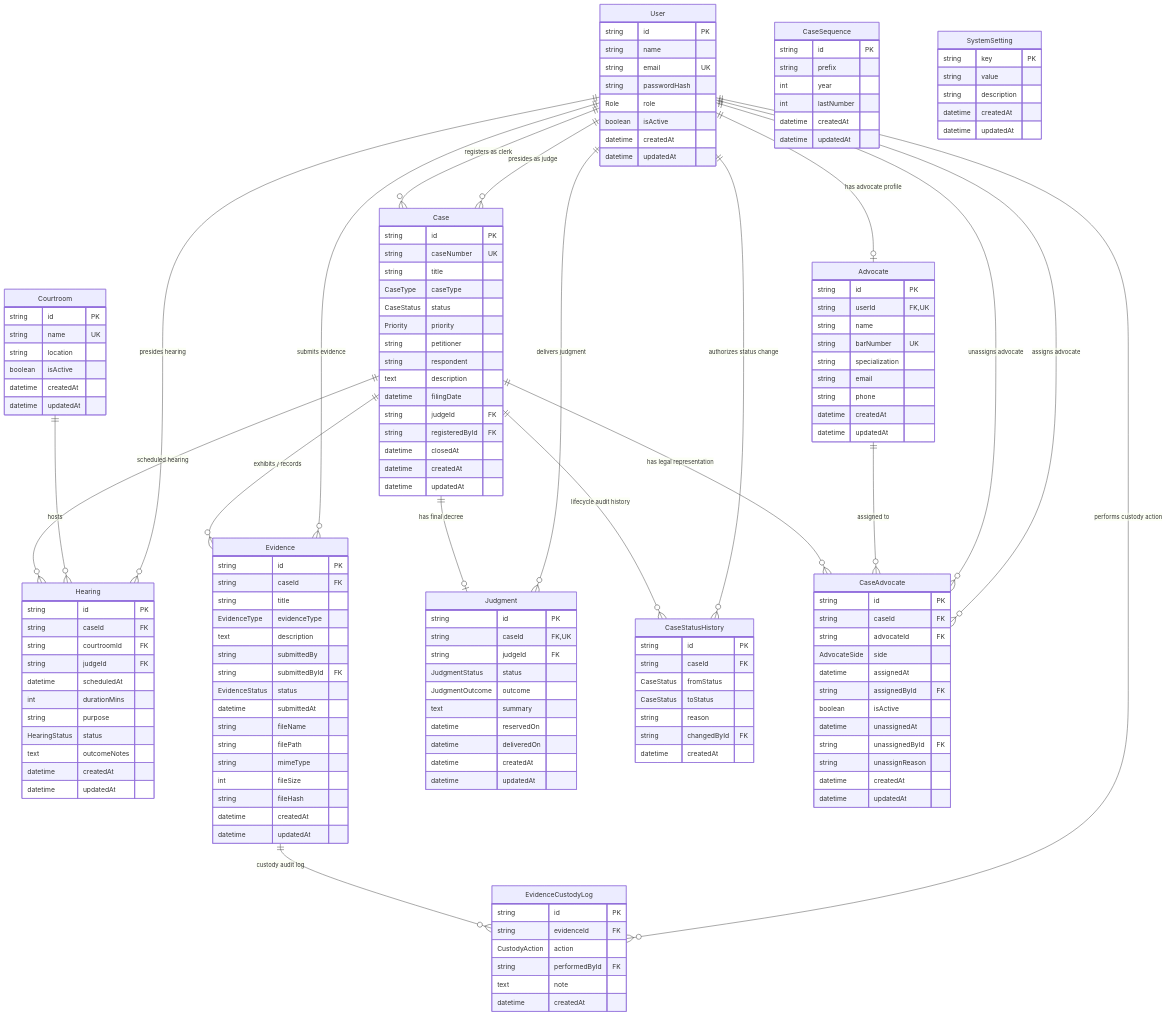
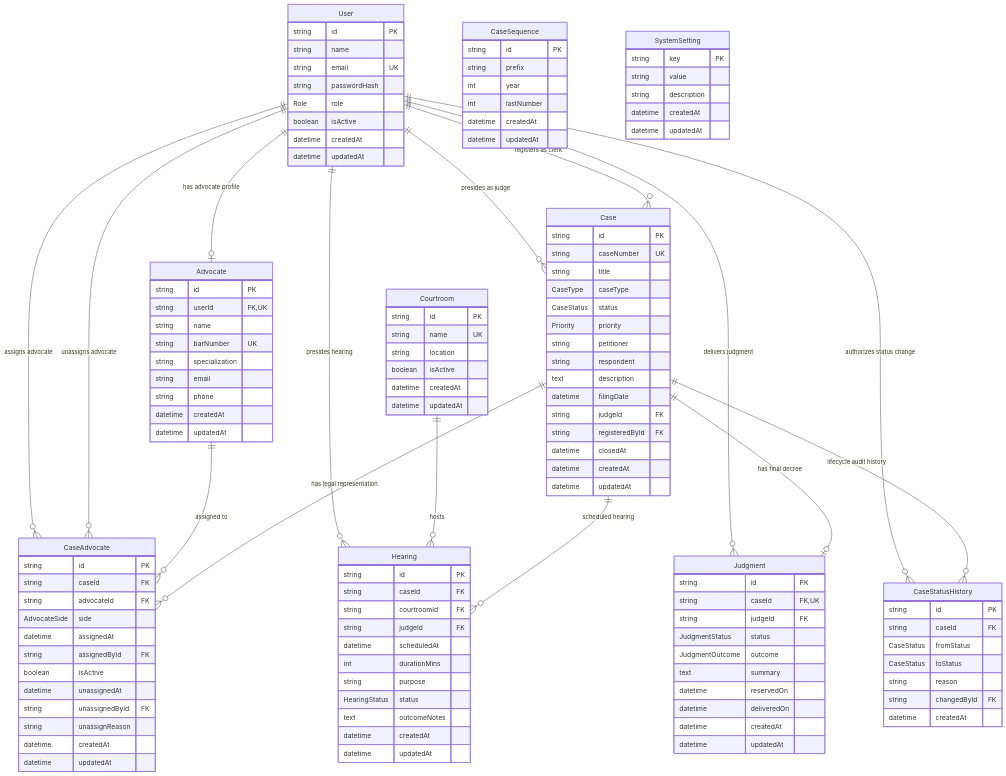
The diagram in docs/DATABASE.md (Allengits/ccm_allen), drawn with Mermaid before and after one commit. The commit also changed other lines of this file and 21 other files, not shown here.

```diff
--- a/docs/DATABASE.md
+++ b/docs/DATABASE.md
@@ -12,8 +12,6 @@
     User ||--o{ Case : "presides as judge"
     User ||--o{ Case : "registers as clerk"
     User ||--o{ Hearing : "presides hearing"
-    User ||--o{ Evidence : "submits evidence"
-    User ||--o{ EvidenceCustodyLog : "performs custody action"
     User ||--o{ Judgment : "delivers judgment"
     User ||--o{ CaseStatusHistory : "authorizes status change"
     User ||--o{ CaseAdvocate : "assigns advocate"
@@ -24,9 +22,6 @@
 
     Courtroom ||--o{ Hearing : "hosts"
     Case ||--o{ Hearing : "scheduled hearing"
-
-    Case ||--o{ Evidence : "exhibits / records"
-    Evidence ||--o{ EvidenceCustodyLog : "custody audit log"
 
     Case ||--o| Judgment : "has final decree"
     Case ||--o{ CaseStatusHistory : "lifecycle audit history"
@@ -110,34 +105,6 @@
         datetime updatedAt
     }
 
-    Evidence {
-        string id PK
-        string caseId FK
-        string title
-        EvidenceType evidenceType
-        text description
-        string submittedBy
-        string submittedById FK
-        EvidenceStatus status
-        datetime submittedAt
-        string fileName
-        string filePath
-        string mimeType
-        int fileSize
-        string fileHash
-        datetime createdAt
-        datetime updatedAt
-    }
-
-    EvidenceCustodyLog {
-        string id PK
-        string evidenceId FK
-        CustodyAction action
-        string performedById FK
-        text note
-        datetime createdAt
-    }
-
     Judgment {
         string id PK
         string caseId FK,UK
```
